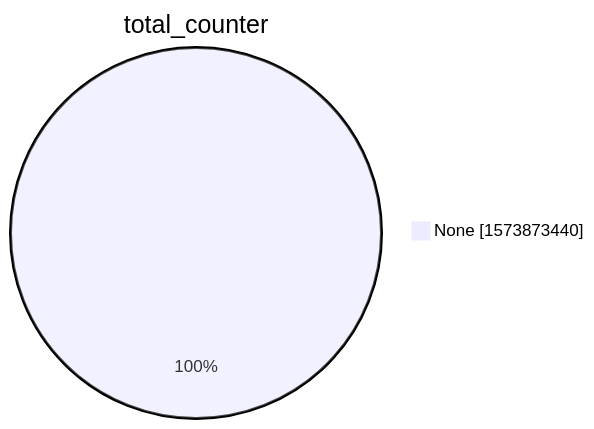
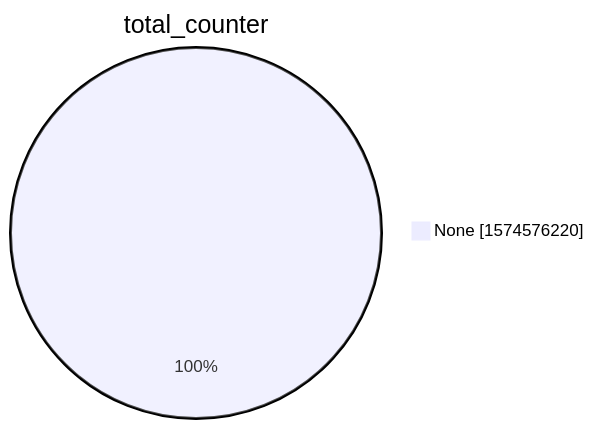
One commit to christiankrug/ctmonitor_visualization changed the second of 15 diagrams in xenon2022/README.md. Above: the diagram before and after it, drawn with Mermaid. The commit also changed other lines of this file, not shown here.

````diff
--- a/xenon2022/README.md
+++ b/xenon2022/README.md
@@ -9,5 +9,5 @@
 ```mermaid
 pie showData
 title total_counter
-"None" :1573873440
+"None" :1574576220
 ```
````
